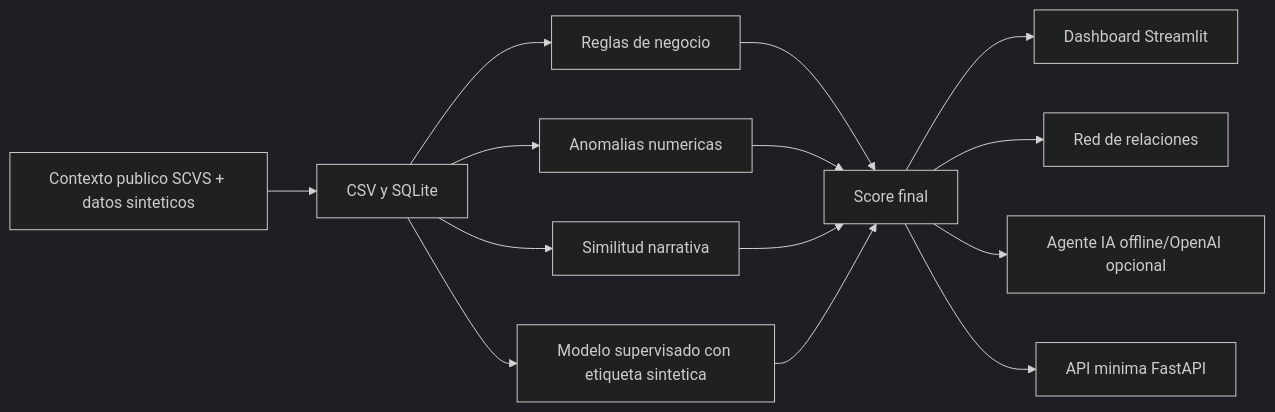
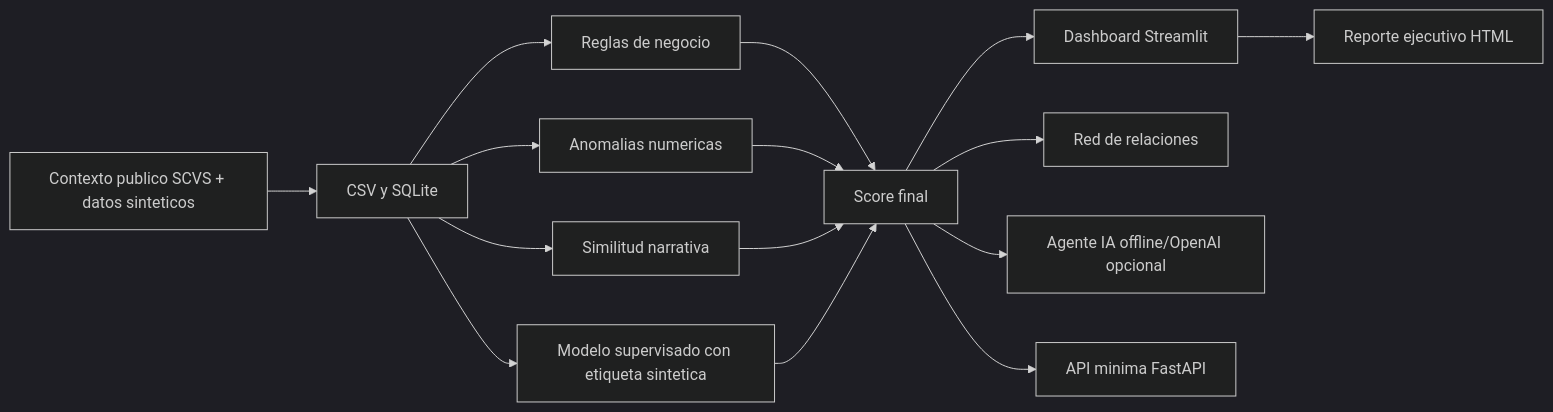
Before and after one commit to Erickelrojo-22/HackIAthon-MantaBytes-RetoAseguradora: the diagram in docs/arquitectura.md, drawn with Mermaid (dark theme). The commit also changed other lines of this file and 22 other files, not shown here.

````diff
--- a/docs/arquitectura.md
+++ b/docs/arquitectura.md
@@ -5,16 +5,17 @@
 ```mermaid
 flowchart LR
     A["Contexto publico SCVS + datos sinteticos"] --> B["CSV y SQLite"]
     B --> C["Reglas de negocio"]
     B --> D["Anomalias numericas"]
     B --> E["Similitud narrativa"]
     C --> F["Score final"]
     D --> F
     E --> F
     B --> J["Modelo supervisado con etiqueta sintetica"]
     J --> F
     F --> G["Dashboard Streamlit"]
     F --> H["Red de relaciones"]
     F --> I["Agente IA offline/OpenAI opcional"]
     F --> K["API minima FastAPI"]
+    G --> L["Reporte ejecutivo HTML"]
 ```
````
